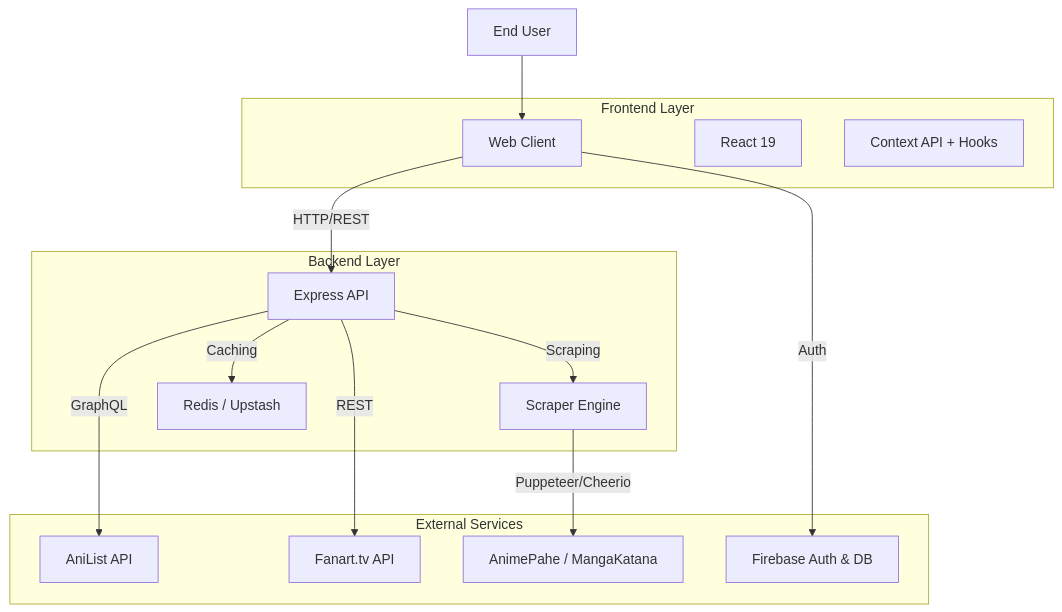
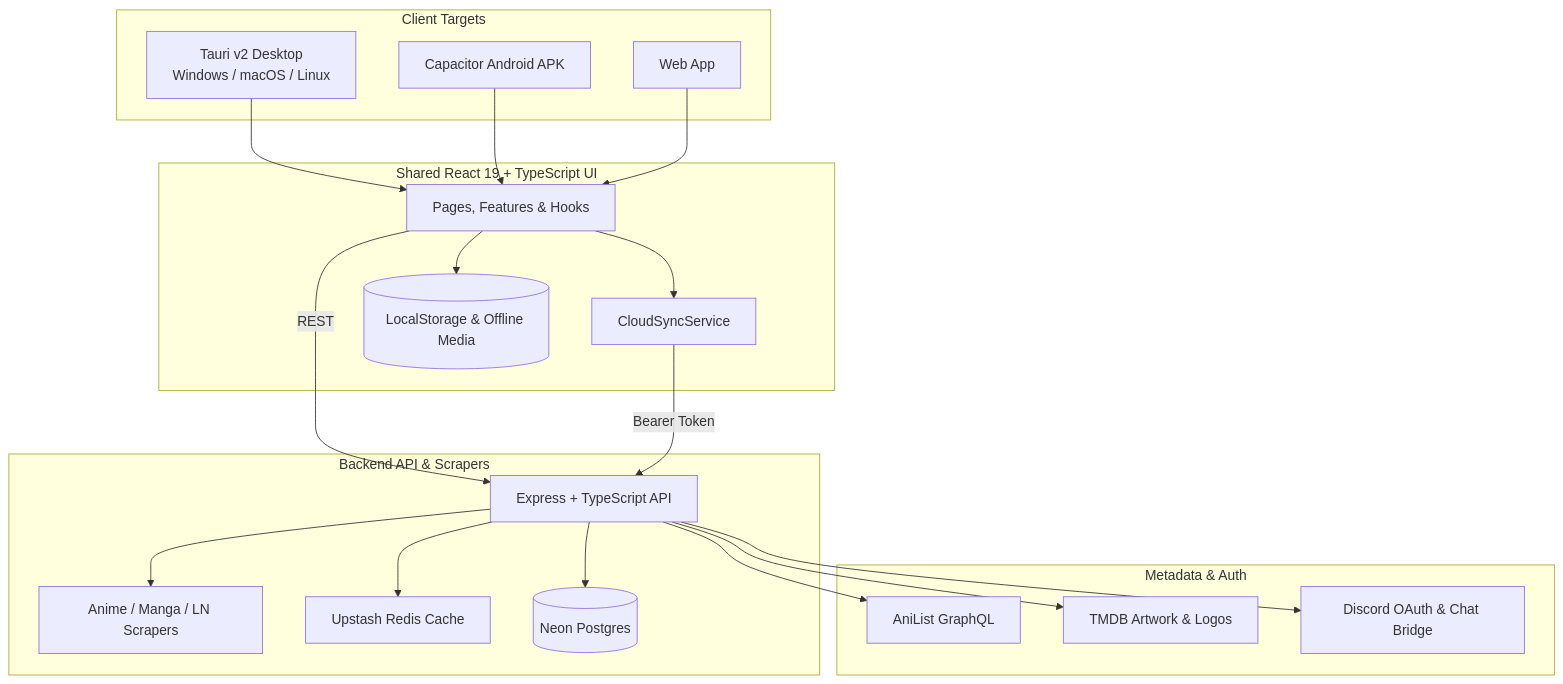
The diagram in README.md (davenarchives/Yorumi), drawn with Mermaid before and after one commit. The commit also changed other lines of this file, not shown here.

Commit message:
docs(readme): update README for v5.0.0 features and screenshots

````diff
--- a/README.md
+++ b/README.md
@@ -113,33 +127,43 @@
 ```mermaid
 graph TD
-    User[End User] --> Client[Web Client]
-    
-    subgraph Frontend [Frontend Layer]
-        Client
-        React[React 19]
-        State[Context API + Hooks]
-    end
-    
-    subgraph Backend [Backend Layer]
-        API[Express API]
-        Scraper[Scraper Engine]
-        Cache[Redis / Upstash]
-    end
-    
-    subgraph External [External Services]
-        AniList[AniList API]
-        Fanart[Fanart.tv API]
-        Sources[AnimePahe / MangaKatana]
-        Firebase[Firebase Auth & DB]
+    subgraph Clients [Client Targets]
+        Desktop[Tauri v2 Desktop<br/>Windows / macOS / Linux]
+        Android[Capacitor Android APK]
+        Web[Web App]
     end
 
-    Client -- HTTP/REST --> API
-    Client -- Auth --> Firebase
-    
-    API -- GraphQL --> AniList
-    API -- REST --> Fanart
-    API -- Caching --> Cache
-    API -- Scraping --> Scraper
-    
-    Scraper -- Puppeteer/Cheerio --> Sources
+    subgraph Frontend [Shared React 19 + TypeScript UI]
+        UI[Pages, Features & Hooks]
+        Sync[CloudSyncService]
+        Local[(LocalStorage & Offline Media)]
+    end
+
+    subgraph Backend [Backend API & Scrapers]
+        API[Express + TypeScript API]
+        Scraper[Anime / Manga / LN Scrapers]
+        Cache[Upstash Redis Cache]
+        DB[(Neon Postgres)]
+    end
+
+    subgraph External [Metadata & Auth]
+        AniList[AniList GraphQL]
+        TMDB[TMDB Artwork & Logos]
+        Discord[Discord OAuth & Chat Bridge]
+    end
+
+    Desktop --> UI
+    Android --> UI
+    Web --> UI
+
+    UI --> Local
+    UI --> Sync
+    UI -- REST --> API
+    Sync -- Bearer Token --> API
+
+    API --> Scraper
+    API --> Cache
+    API --> DB
+    API --> AniList
+    API --> TMDB
+    API --> Discord
 ```
````
